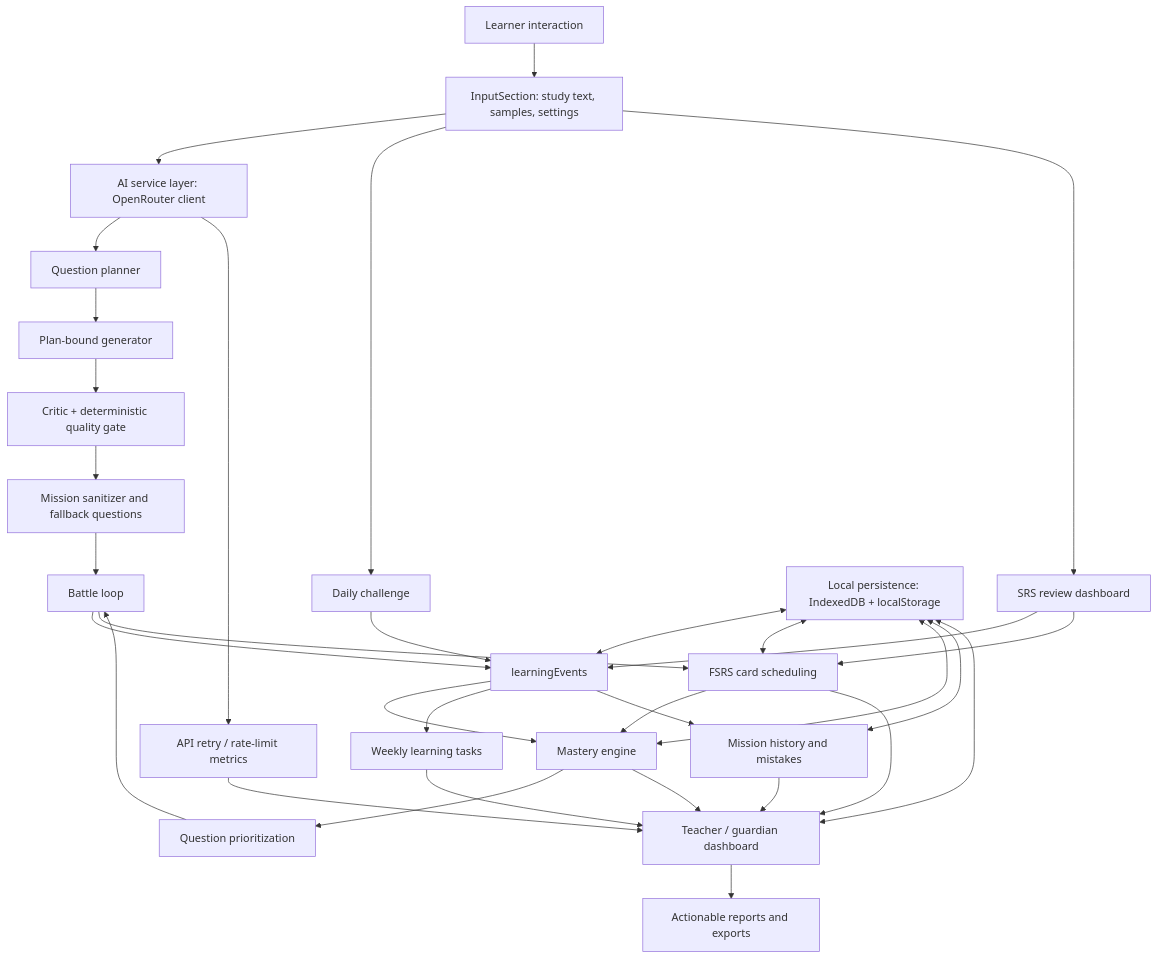
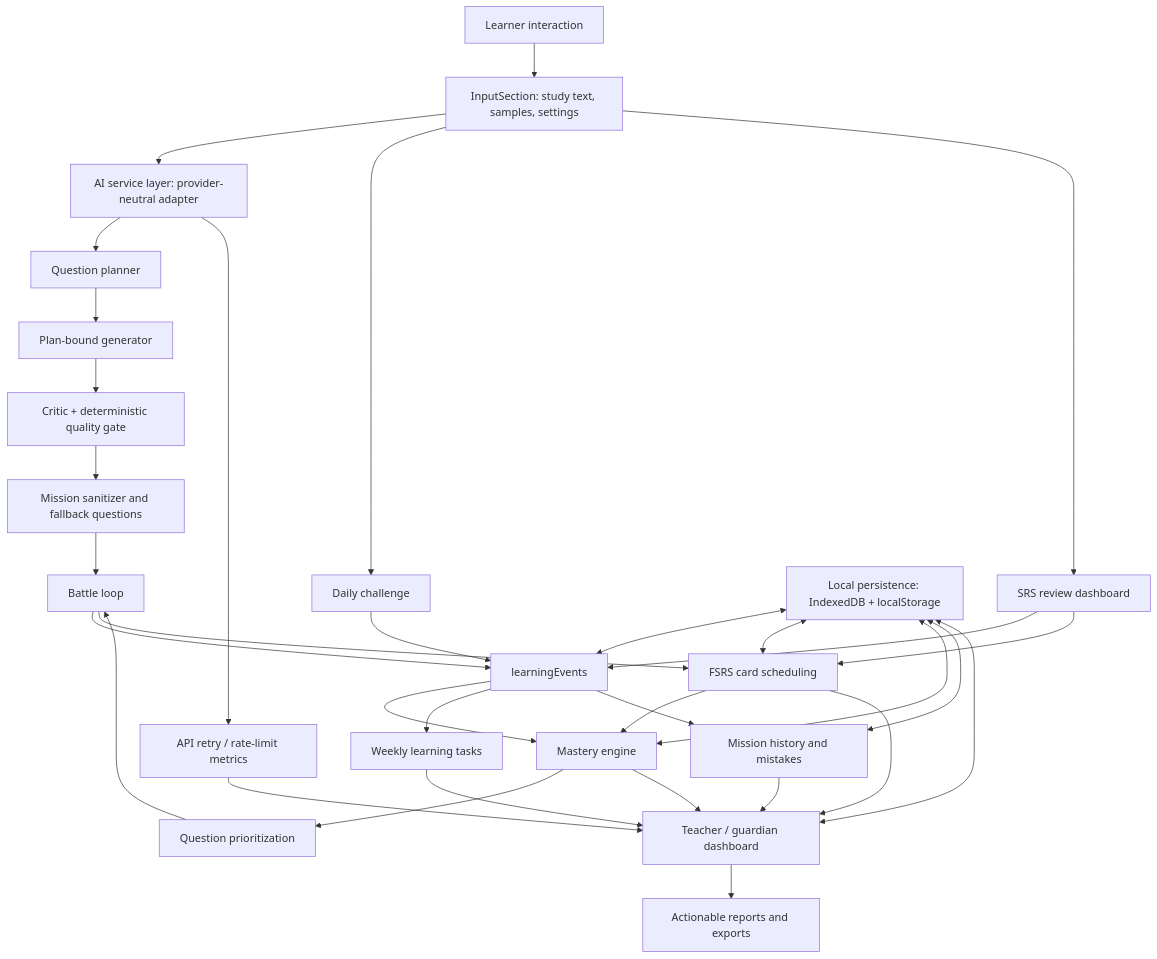
The diagram in README.md (runes780/word-quest-infinite-tome), drawn with Mermaid before and after one commit. The commit also changed other lines of this file and 26 other files, not shown here.

Commit message:
feat: add OpenAI provider adapter (#14)

````diff
--- a/README.md
+++ b/README.md
@@ -62,38 +62,38 @@
 ```mermaid
 flowchart TD
     Learner["Learner interaction"] --> Input["InputSection: study text, samples, settings"]
-    Input --> AI["AI service layer: OpenRouter client"]
+    Input --> AI["AI service layer: provider-neutral adapter"]
     AI --> Planner["Question planner"]
     Planner --> Generator["Plan-bound generator"]
     Generator --> Critic["Critic + deterministic quality gate"]
     Critic --> Sanitizer["Mission sanitizer and fallback questions"]
     Sanitizer --> Battle["Battle loop"]
     Input --> Daily["Daily challenge"]
     Input --> SRS["SRS review dashboard"]
 
     Battle --> Events["learningEvents"]
     Daily --> Events
     SRS --> Events
     Battle --> FSRS["FSRS card scheduling"]
     SRS --> FSRS
     Events --> Mastery["Mastery engine"]
     FSRS --> Mastery
     Mastery --> Prioritization["Question prioritization"]
     Prioritization --> Battle
 
     Events --> Tasks["Weekly learning tasks"]
     Events --> History["Mission history and mistakes"]
     History --> Dashboard["Teacher / guardian dashboard"]
     FSRS --> Dashboard
     Mastery --> Dashboard
     Tasks --> Dashboard
     AI --> Metrics["API retry / rate-limit metrics"]
     Metrics --> Dashboard
     Dashboard --> Reports["Actionable reports and exports"]
 
     Persistence["Local persistence: IndexedDB + localStorage"] <--> Events
     Persistence <--> FSRS
     Persistence <--> Mastery
     Persistence <--> History
     Persistence <--> Dashboard
 ```
````
